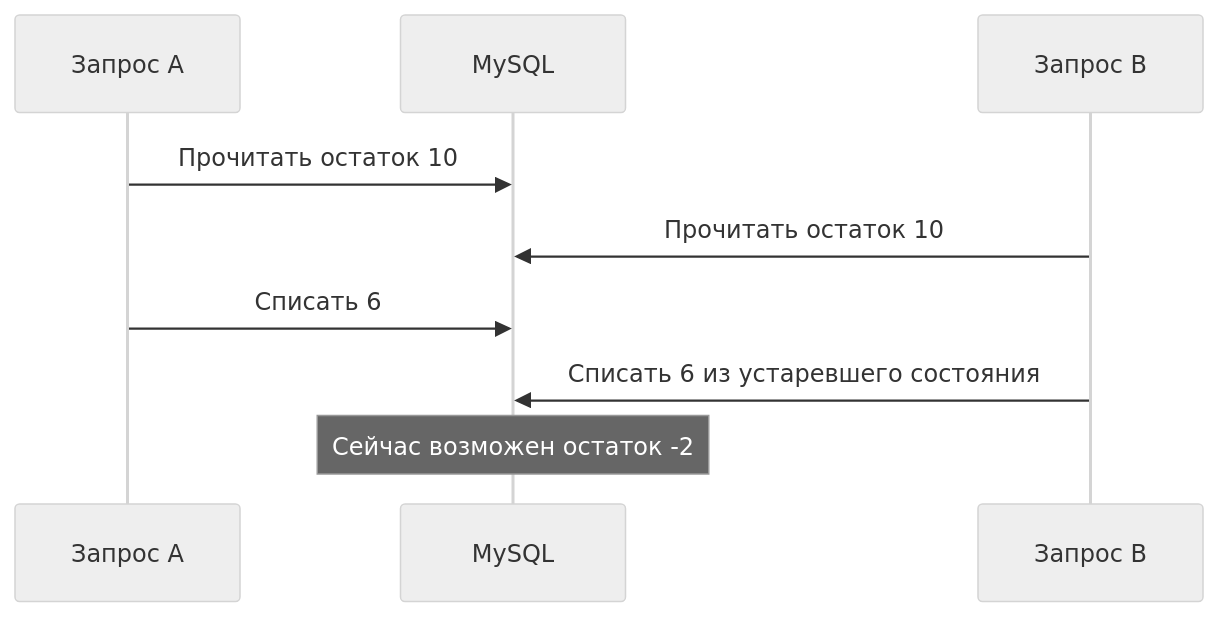
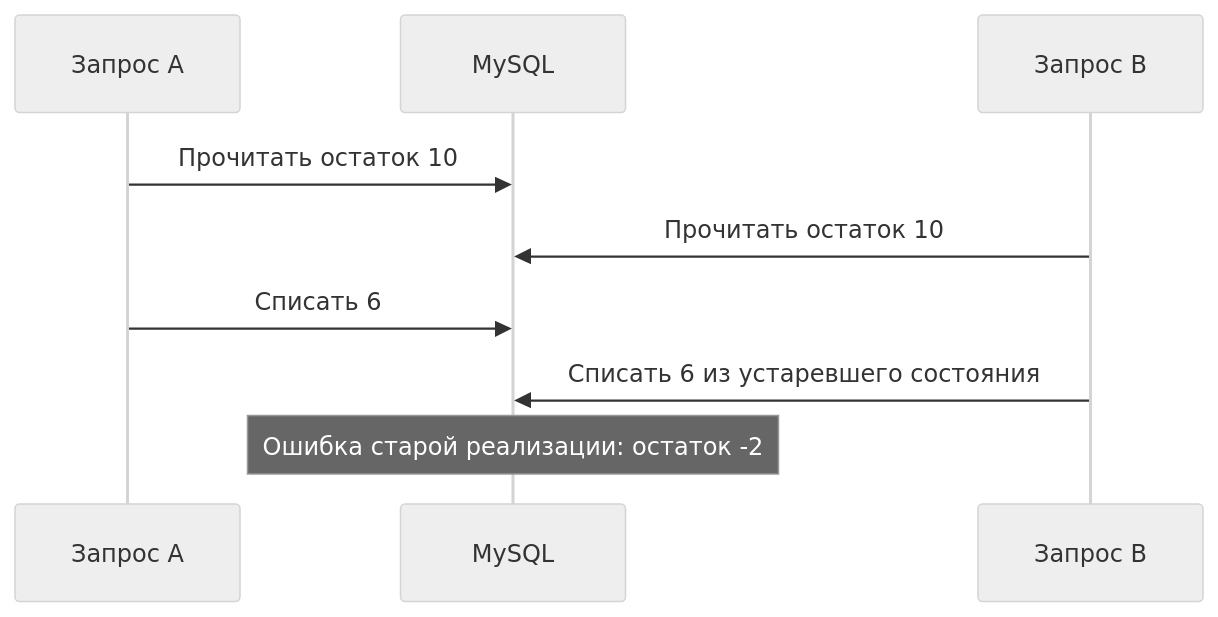
Before and after one commit to fe11fire/maxmollcrm: the fourth of 5 diagrams in docs/stock-flow.md, drawn with Mermaid (neutral theme). The commit also changed other lines of this file and 2 other files, not shown here.

````diff
--- a/docs/stock-flow.md
+++ b/docs/stock-flow.md
@@ -54,11 +54,11 @@
 ```mermaid
 sequenceDiagram
     participant A as Запрос A
     participant DB as MySQL
     participant B as Запрос B
     A->>DB: Прочитать остаток 10
     B->>DB: Прочитать остаток 10
     A->>DB: Списать 6
     B->>DB: Списать 6 из устаревшего состояния
-    Note over DB: Сейчас возможен остаток -2
+    Note over DB: Ошибка старой реализации: остаток -2
 ```
````
